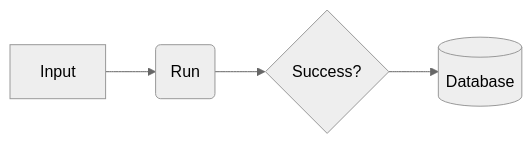
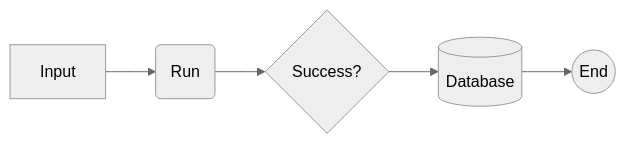
Before and after one commit to punitkatiyar/markdown-master-guide: the first of 2 diagrams in 03.diagrams/readme.md, drawn with Mermaid (neutral theme).

Commit message:
Fix diagram syntax and include end node
Updated diagram syntax and added missing end node.

````diff
--- a/03.diagrams/readme.md
+++ b/03.diagrams/readme.md
@@ -14,12 +14,14 @@
 ```mermaid
 flowchart LR
 A[Input]
 B(Run)
 C{Success?}
 D[(Database)]
+E((End))
 
 A --> B
 B --> C
 C --> D
+D --> E
 
 ```
````
